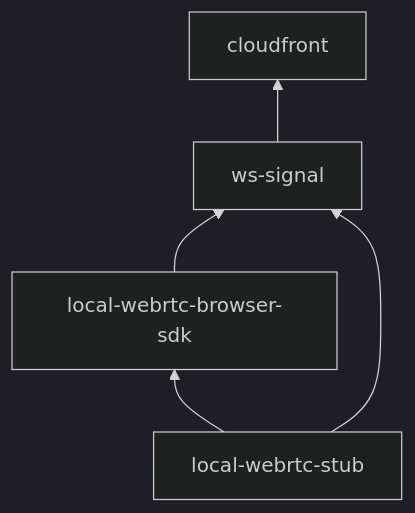
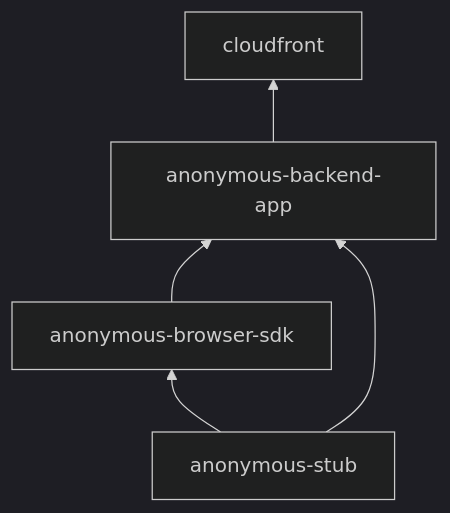
The second of 3 diagrams in Readme.md (kaidouji85/gbraver-burst-network), drawn with Mermaid (dark theme) before and after one commit. The commit also changed 2 other files, not shown here.

Commit message:
feat: 匿名バックエンドに関連するスクリプトと依存関係を更新

````diff
--- a/Readme.md
+++ b/Readme.md
@@ -51,7 +51,7 @@
 ```mermaid
 graph BT;
-    ws-signal-->cloudfront;
-    local-webrtc-browser-sdk-->ws-signal;
-    local-webrtc-stub-->ws-signal;
-    local-webrtc-stub-->local-webrtc-browser-sdk;
+    anonymous-backend-app-->cloudfront;
+    anonymous-browser-sdk-->anonymous-backend-app;
+    anonymous-stub-->anonymous-backend-app;
+    anonymous-stub-->anonymous-browser-sdk;
 ```
````
